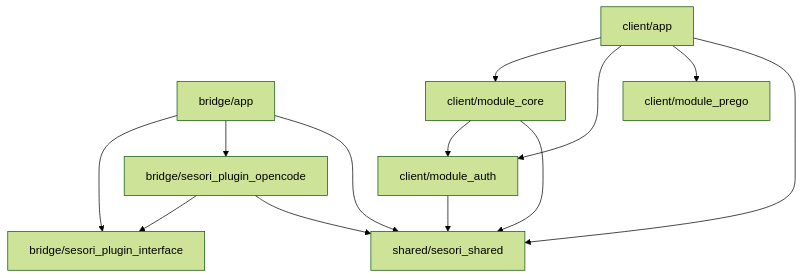
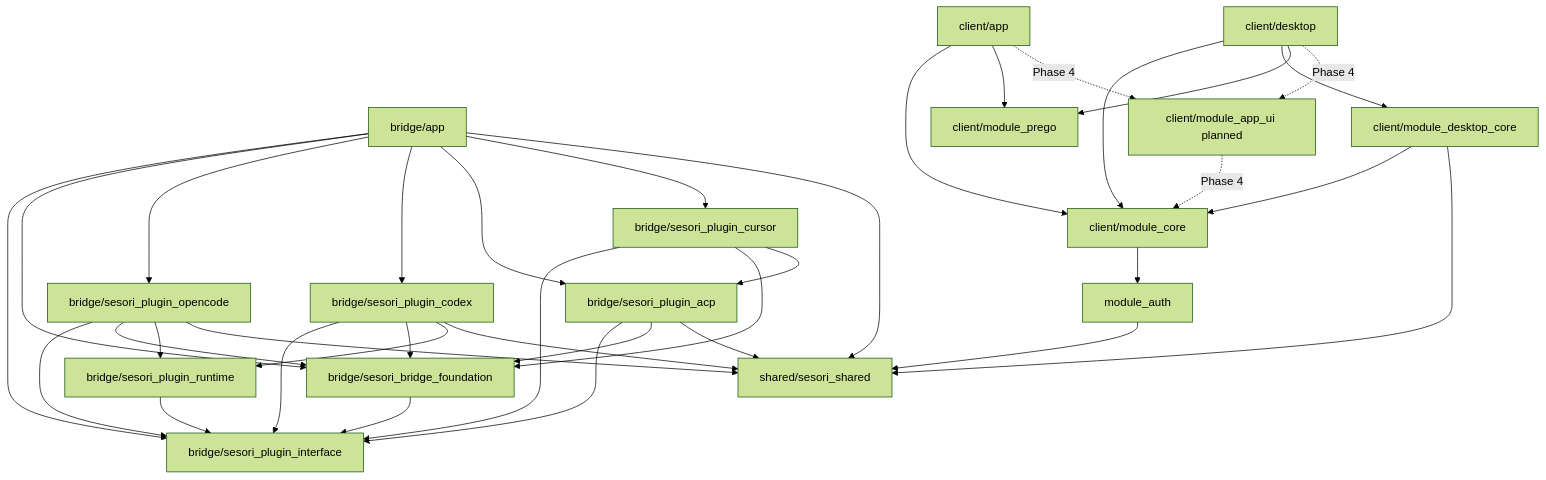
Before and after one commit to sesori-ai/sesori_apps_monorepo: the first of 2 diagrams in README.md, drawn with Mermaid (forest theme). The commit also changed other lines of this file and 6 other files, not shown here.

````diff
--- a/README.md
+++ b/README.md
@@ -43,15 +50,39 @@
 ```mermaid
 graph TD
   bridge_app[bridge/app] --> sesori_plugin_interface[bridge/sesori_plugin_interface]
+  bridge_app --> sesori_bridge_foundation[bridge/sesori_bridge_foundation]
   bridge_app --> sesori_plugin_opencode[bridge/sesori_plugin_opencode]
+  bridge_app --> sesori_plugin_codex[bridge/sesori_plugin_codex]
+  bridge_app --> sesori_plugin_acp[bridge/sesori_plugin_acp]
+  bridge_app --> sesori_plugin_cursor[bridge/sesori_plugin_cursor]
   bridge_app --> sesori_shared[shared/sesori_shared]
+  sesori_bridge_foundation --> sesori_plugin_interface
+  sesori_plugin_runtime[bridge/sesori_plugin_runtime] --> sesori_plugin_interface
   sesori_plugin_opencode --> sesori_plugin_interface
+  sesori_plugin_opencode --> sesori_bridge_foundation
+  sesori_plugin_opencode --> sesori_plugin_runtime
   sesori_plugin_opencode --> sesori_shared
+  sesori_plugin_codex --> sesori_plugin_interface
+  sesori_plugin_codex --> sesori_bridge_foundation
+  sesori_plugin_codex --> sesori_plugin_runtime
+  sesori_plugin_codex --> sesori_shared
+  sesori_plugin_acp --> sesori_plugin_interface
+  sesori_plugin_acp --> sesori_bridge_foundation
+  sesori_plugin_acp --> sesori_shared
+  sesori_plugin_cursor --> sesori_plugin_interface
+  sesori_plugin_cursor --> sesori_bridge_foundation
+  sesori_plugin_cursor --> sesori_plugin_acp
+
   mobile_app[client/app] --> module_core[client/module_core]
-  mobile_app --> module_auth[client/module_auth]
   mobile_app --> module_prego[client/module_prego]
-  mobile_app --> sesori_shared
+  mobile_app -. "Phase 4" .-> module_app_ui[client/module_app_ui planned]
+  desktop_app[client/desktop] --> module_core
+  desktop_app --> module_desktop_core[client/module_desktop_core]
+  desktop_app --> module_prego
+  desktop_app -. "Phase 4" .-> module_app_ui
+  module_app_ui -. "Phase 4" .-> module_core
+  module_desktop_core --> module_core
+  module_desktop_core --> sesori_shared
   module_core --> module_auth
-  module_core --> sesori_shared
   module_auth --> sesori_shared
 ```
````
